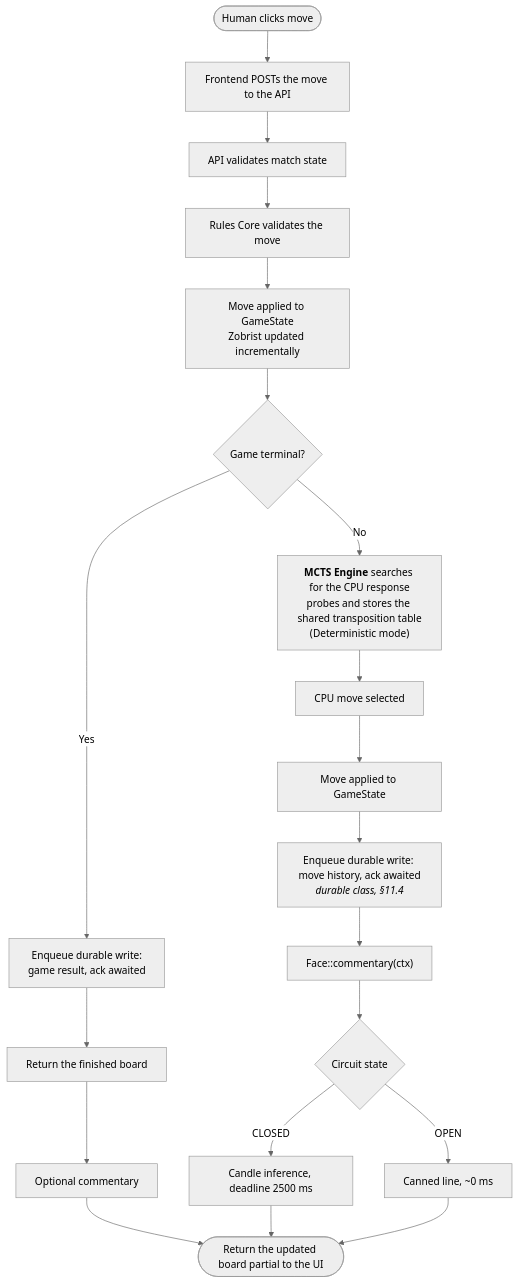
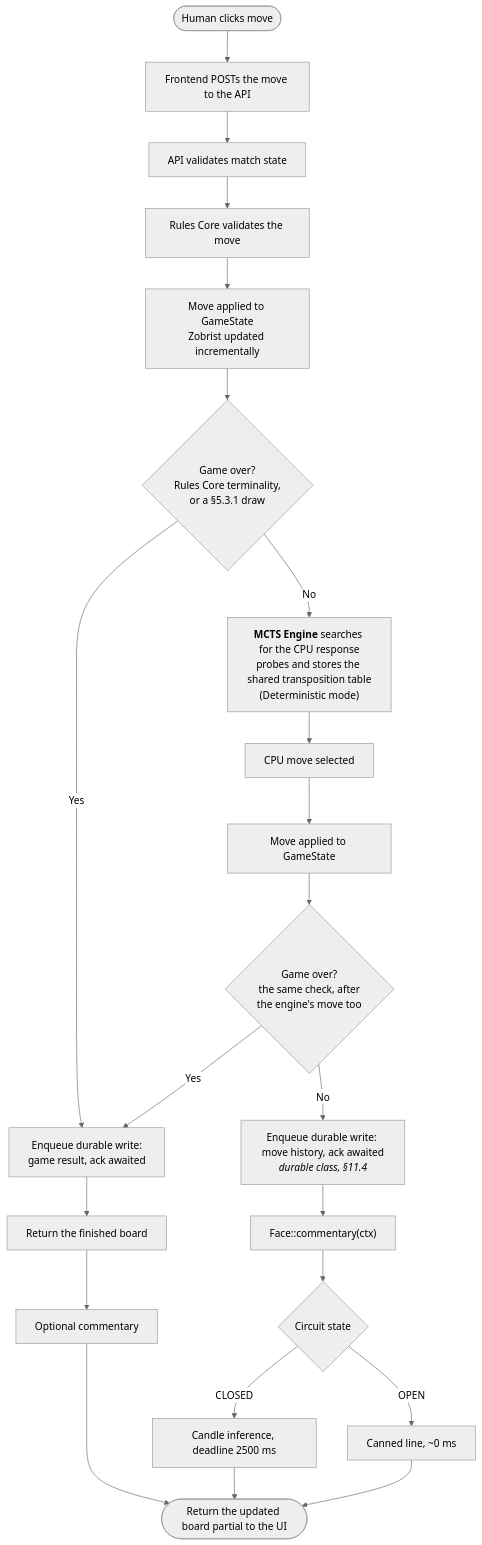
Before and after one commit to garnizeh/draughts: the first of 2 diagrams in docs/architecture/08-game-modes-and-flows.md, drawn with Mermaid (neutral theme). The commit also changed other lines of this file and 27 other files, not shown here.

First line of the commit message:
Architecture 1.5: state the draw rules §5.3 always required (#102)

````diff
--- a/docs/architecture/08-game-modes-and-flows.md
+++ b/docs/architecture/08-game-modes-and-flows.md
@@ -5,25 +5,27 @@
 ```mermaid
 flowchart TB
     A(["Human clicks move"]) --> B["Frontend POSTs the move to the API"]
     B --> C["API validates match state"]
     C --> D["Rules Core validates the move"]
     D --> E["Move applied to GameState<br/>Zobrist updated incrementally"]
-    E --> F{"Game terminal?"}
+    E --> F{"Game over?<br/>Rules Core terminality,<br/>or a §5.3.1 draw"}
 
     F -->|Yes| G1["Enqueue durable write:<br/>game result, ack awaited"]
     G1 --> G2["Return the finished board"]
     G2 --> G3["Optional commentary"]
     G3 --> Z
 
     F -->|No| H["<b>MCTS Engine</b> searches for the CPU response<br/>probes and stores the shared transposition table<br/>(Deterministic mode)"]
     H --> I["CPU move selected"]
     I --> J["Move applied to GameState"]
-    J --> K["Enqueue durable write: move history, ack awaited<br/><i>durable class, §11.4</i>"]
+    J --> J2{"Game over?<br/>the same check, after<br/>the engine's move too"}
+    J2 -->|Yes| G1
+    J2 -->|No| K["Enqueue durable write: move history, ack awaited<br/><i>durable class, §11.4</i>"]
     K --> L["Face::commentary(ctx)"]
     L --> M{"Circuit state"}
     M -->|CLOSED| N["Candle inference, deadline 2500 ms"]
     M -->|OPEN| O["Canned line, ~0 ms"]
     N --> Z
     O --> Z
     Z(["Return the updated board partial to the UI"])
 ```
````
